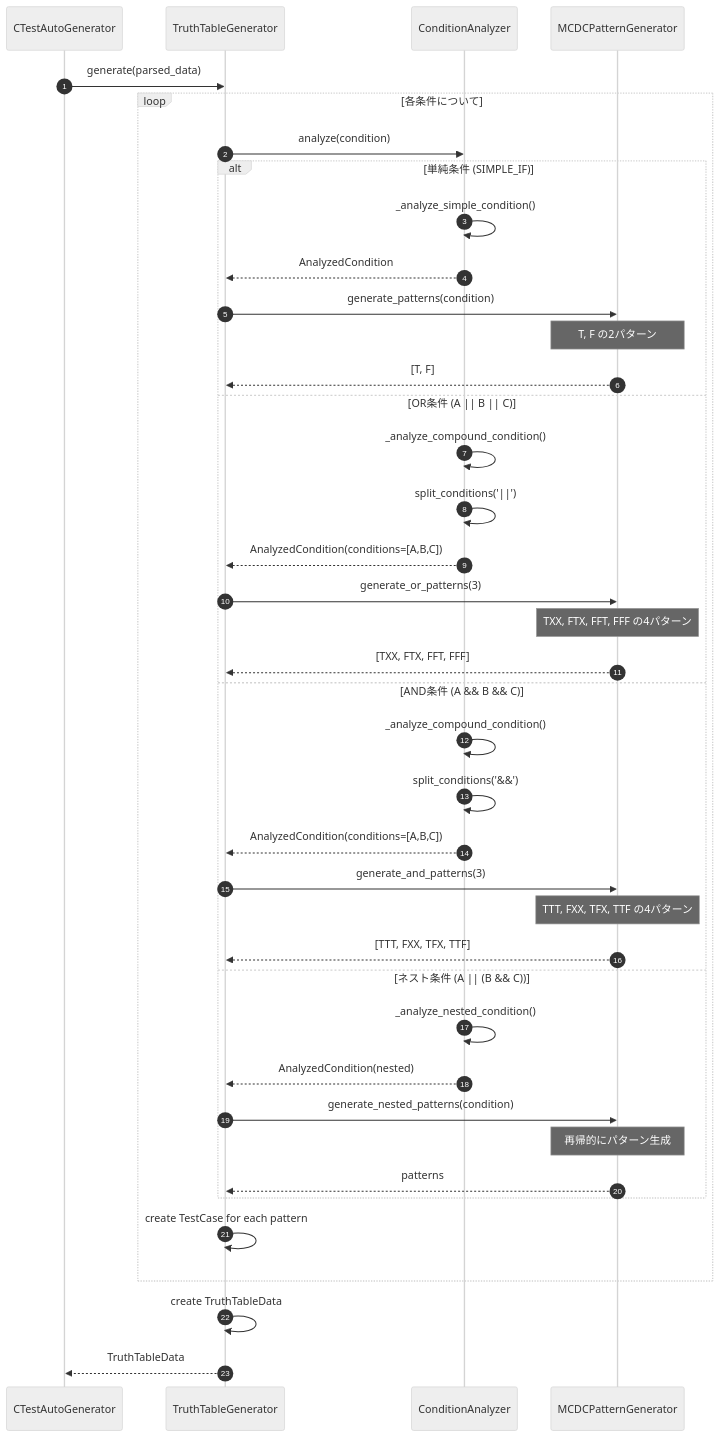
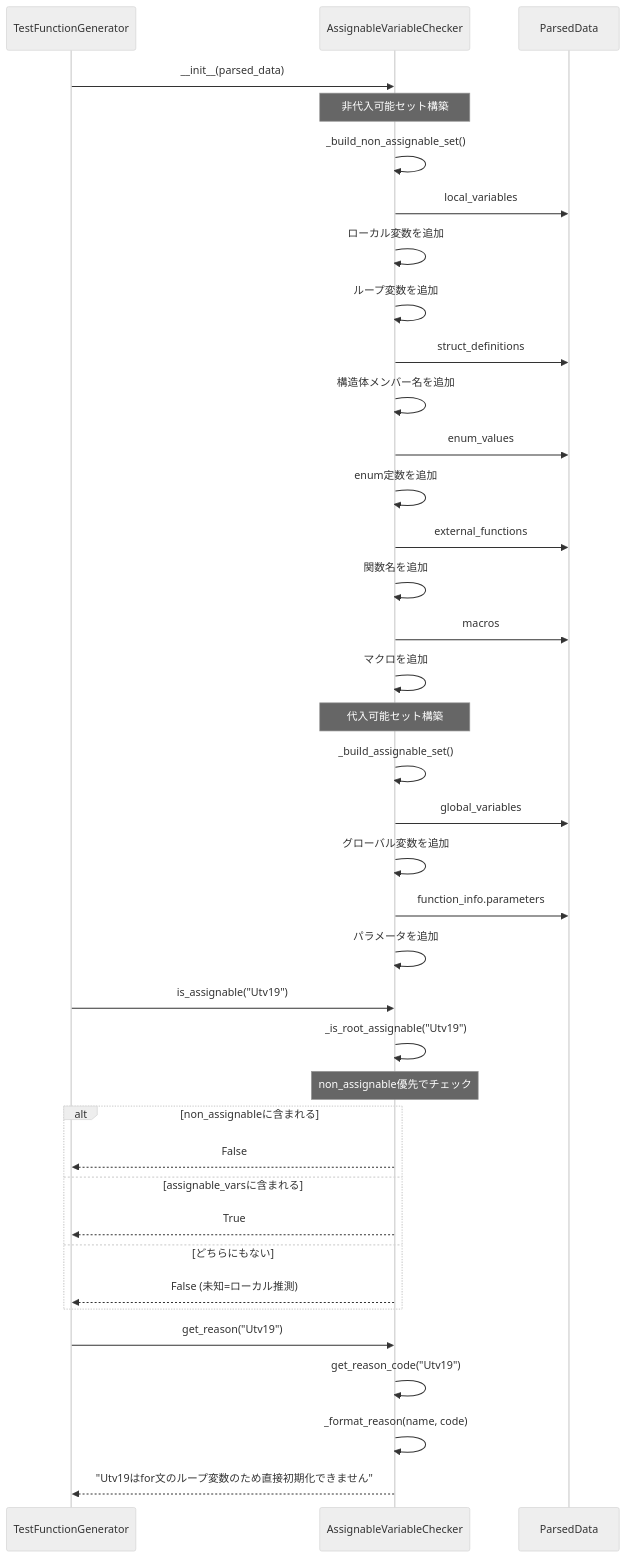
The sixth of 8 diagrams in doc/design_sequence_diagram.md (ryu5791/AutoUniTestGen), drawn with Mermaid (neutral theme) before and after one commit. The commit also changed other lines of this file and 5 other files, not shown here.

````diff
--- a/doc/design_sequence_diagram.md
+++ b/doc/design_sequence_diagram.md
@@ -353,50 +275,45 @@
 ```mermaid
 sequenceDiagram
-    autonumber
-    participant Gen as CTestAutoGenerator
-    participant TTGen as TruthTableGenerator
-    participant Analyzer as ConditionAnalyzer
-    participant MCDC as MCDCPatternGenerator
+    participant FuncGen as TestFunctionGenerator
+    participant Checker as AssignableVariableChecker
+    participant ParsedData as ParsedData
+
+    FuncGen->>Checker: __init__(parsed_data)
     
-    Gen->>TTGen: generate(parsed_data)
+    Note over Checker: 非代入可能セット構築
+    Checker->>Checker: _build_non_assignable_set()
+    Checker->>ParsedData: local_variables
+    Checker->>Checker: ローカル変数を追加
+    Checker->>Checker: ループ変数を追加
+    Checker->>ParsedData: struct_definitions
+    Checker->>Checker: 構造体メンバー名を追加
+    Checker->>ParsedData: enum_values
+    Checker->>Checker: enum定数を追加
+    Checker->>ParsedData: external_functions
+    Checker->>Checker: 関数名を追加
+    Checker->>ParsedData: macros
+    Checker->>Checker: マクロを追加
     
-    loop 各条件について
-        TTGen->>Analyzer: analyze(condition)
-        
-        alt 単純条件 (SIMPLE_IF)
-            Analyzer->>Analyzer: _analyze_simple_condition()
-            Analyzer-->>TTGen: AnalyzedCondition
-            TTGen->>MCDC: generate_patterns(condition)
-            Note over MCDC: T, F の2パターン
-            MCDC-->>TTGen: [T, F]
-            
-        else OR条件 (A || B || C)
-            Analyzer->>Analyzer: _analyze_compound_condition()
-            Analyzer->>Analyzer: split_conditions('||')
-            Analyzer-->>TTGen: AnalyzedCondition(conditions=[A,B,C])
-            TTGen->>MCDC: generate_or_patterns(3)
-            Note over MCDC: TXX, FTX, FFT, FFF の4パターン
-            MCDC-->>TTGen: [TXX, FTX, FFT, FFF]
-            
-        else AND条件 (A && B && C)
-            Analyzer->>Analyzer: _analyze_compound_condition()
-            Analyzer->>Analyzer: split_conditions('&&')
-            Analyzer-->>TTGen: AnalyzedCondition(conditions=[A,B,C])
-            TTGen->>MCDC: generate_and_patterns(3)
-            Note over MCDC: TTT, FXX, TFX, TTF の4パターン
-            MCDC-->>TTGen: [TTT, FXX, TFX, TTF]
-            
-        else ネスト条件 (A || (B && C))
-            Analyzer->>Analyzer: _analyze_nested_condition()
-            Analyzer-->>TTGen: AnalyzedCondition(nested)
-            TTGen->>MCDC: generate_nested_patterns(condition)
-            Note over MCDC: 再帰的にパターン生成
-            MCDC-->>TTGen: patterns
-        end
-        
-        TTGen->>TTGen: create TestCase for each pattern
+    Note over Checker: 代入可能セット構築
+    Checker->>Checker: _build_assignable_set()
+    Checker->>ParsedData: global_variables
+    Checker->>Checker: グローバル変数を追加
+    Checker->>ParsedData: function_info.parameters
+    Checker->>Checker: パラメータを追加
+    
+    FuncGen->>Checker: is_assignable("Utv19")
+    Checker->>Checker: _is_root_assignable("Utv19")
+    Note over Checker: non_assignable優先でチェック
+    alt non_assignableに含まれる
+        Checker-->>FuncGen: False
+    else assignable_varsに含まれる
+        Checker-->>FuncGen: True
+    else どちらにもない
+        Checker-->>FuncGen: False (未知=ローカル推測)
     end
     
-    TTGen->>TTGen: create TruthTableData
-    TTGen-->>Gen: TruthTableData
+    FuncGen->>Checker: get_reason("Utv19")
+    Checker->>Checker: get_reason_code("Utv19")
+    Checker->>Checker: _format_reason(name, code)
+    Checker-->>FuncGen: "Utv19はfor文のループ変数のため直接初期化できません"
 ```
````
